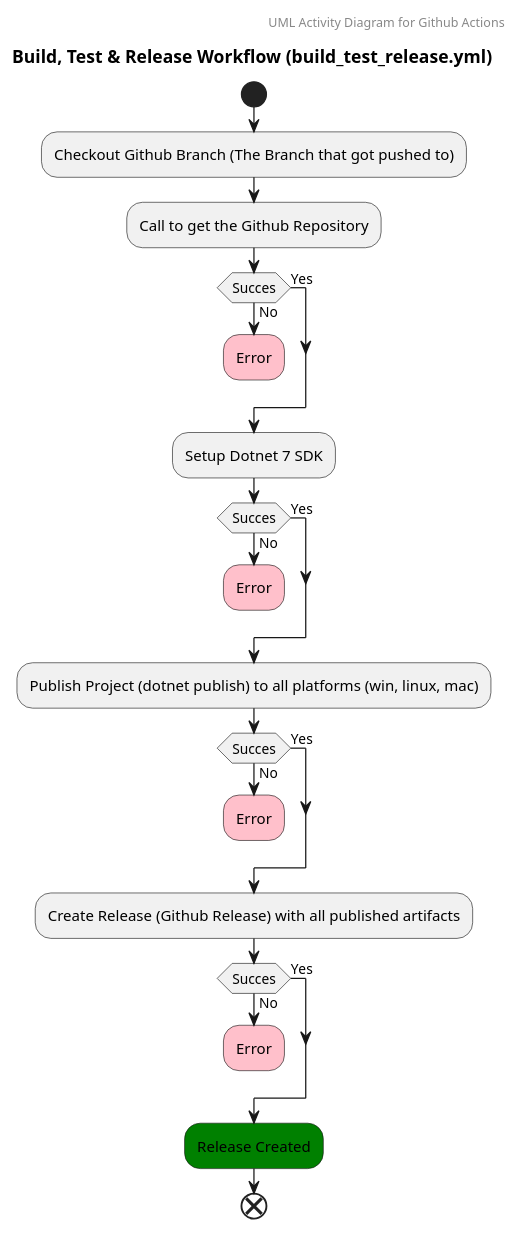
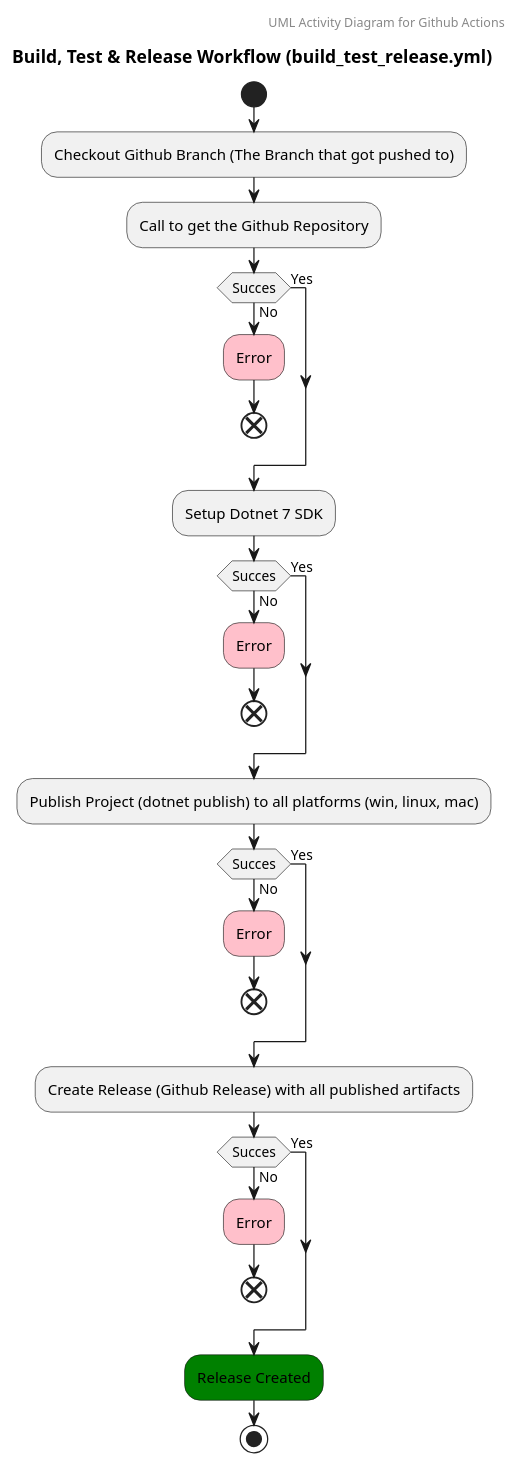
One commit to ITU-BDSA23-GROUP10/Chirp changed the diagram in report_diagrams/UML_activity_diagrams/build_test_release_UML_act.puml. Above: the diagram before and after it, drawn with PlantUML. The commit also changed 4 other files, not shown here.

Commit message:
Added some more uml diagrams

```diff
--- a/report_diagrams/UML_activity_diagrams/build_test_release_UML_act.puml
+++ b/report_diagrams/UML_activity_diagrams/build_test_release_UML_act.puml
@@ -1,44 +1,44 @@
 @startuml
 header UML Activity Diagram for Github Actions
 title Build, Test & Release Workflow (build_test_release.yml)
 
 start 
 :Checkout Github Branch (The Branch that got pushed to);
 :Call to get the Github Repository;
 
 
 if(Succes) then (No)
     #pink:Error;
-    kill
+    end
 else (Yes)
 endif
 
 
 :Setup Dotnet 7 SDK;
 
 if(Succes) then (No)
     #pink:Error;
-    kill
+    end
 else (Yes)
 endif
 
 :Publish Project (dotnet publish) to all platforms (win, linux, mac);
 
 if(Succes) then (No)
     #pink:Error;
-    kill
+    end
 else (Yes)
 endif
 
 :Create Release (Github Release) with all published artifacts;
 
 if(Succes) then (No)
     #pink:Error;
-    kill
+    end
 else (Yes)
 endif
 
 #green:Release Created;
 
-end
+stop
 @enduml
```
